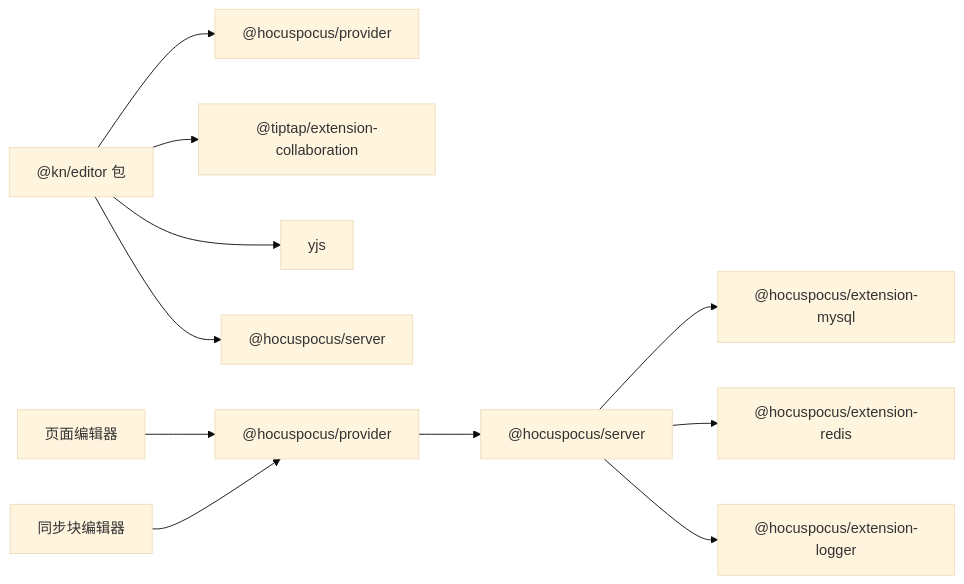
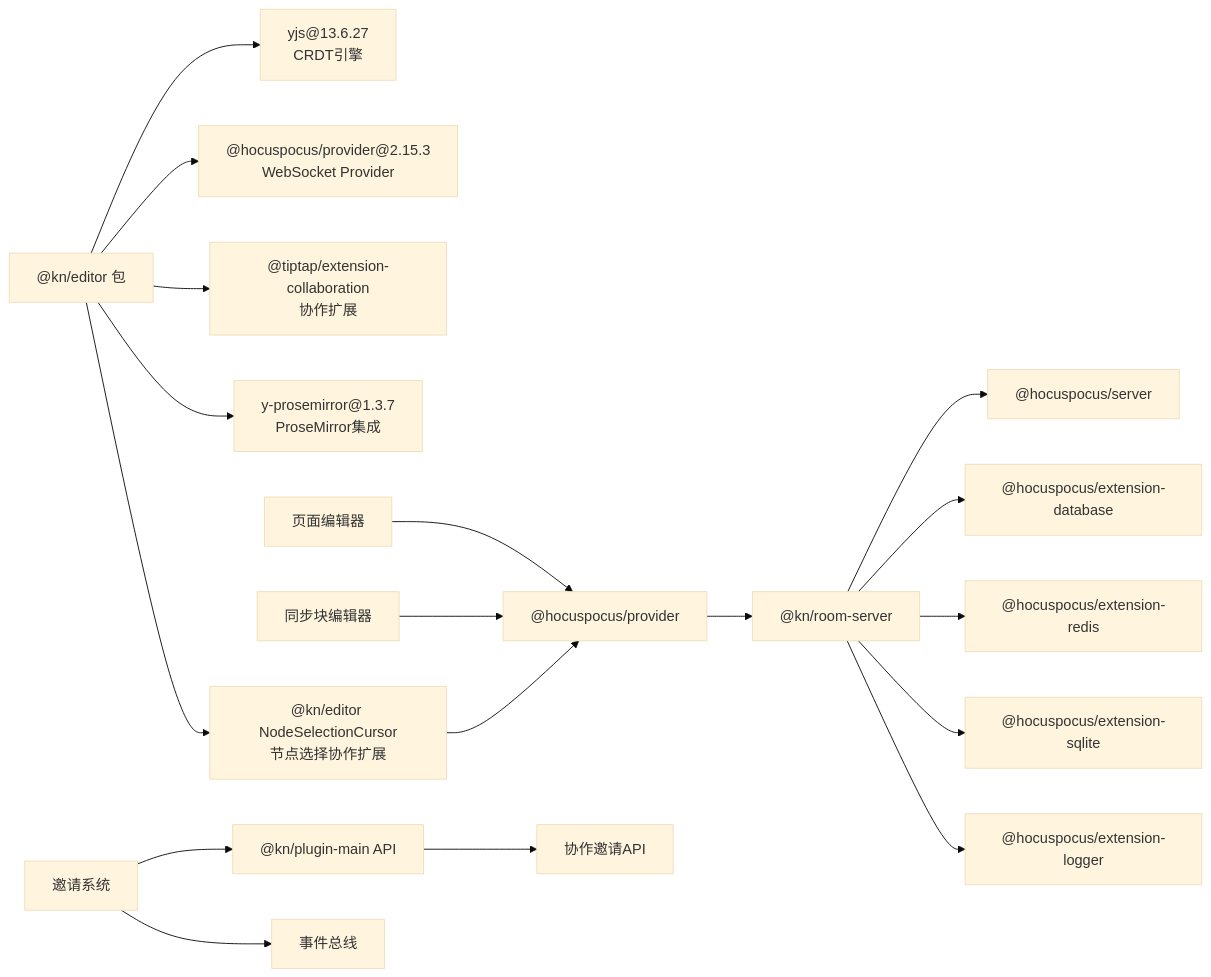
Before and after one commit to LRF0422/Kotion: diagram 18 of 18 in .qoder/repowiki/zh/content/架构设计/实时协作架构.md, drawn with Mermaid (base theme). The commit also changed other lines of this file and 75 other files, not shown here.

````diff
--- a/.qoder/repowiki/zh/content/架构设计/实时协作架构.md
+++ b/.qoder/repowiki/zh/content/架构设计/实时协作架构.md
@@ -257,13 +780,20 @@
 ```mermaid
 graph LR
-Pkg["@kn/editor 包"] --> Dep1["@hocuspocus/provider"]
-Pkg --> Dep2["@tiptap/extension-collaboration"]
-Pkg --> Dep3["yjs"]
-Pkg --> Dep4["@hocuspocus/server"]
-Page["页面编辑器"] --> Prov["@hocuspocus/provider"]
-Block["同步块编辑器"] --> Prov
-Prov --> Srv["@hocuspocus/server"]
-Srv --> Ext1["@hocuspocus/extension-mysql"]
-Srv --> Ext2["@hocuspocus/extension-redis"]
-Srv --> Ext3["@hocuspocus/extension-logger"]
+Pkg["@kn/editor 包"] --> Yjs["yjs@13.6.27<br/>CRDT引擎"]
+Pkg --> Hocuspocus["@hocuspocus/provider@2.15.3<br/>WebSocket Provider"]
+Pkg --> Tiptap["@tiptap/extension-collaboration<br/>协作扩展"]
+Pkg --> YProseMirror["y-prosemirror@1.3.7<br/>ProseMirror集成"]
+Pkg --> NodeSel["@kn/editor NodeSelectionCursor<br/>节点选择协作扩展"]
+Page["页面编辑器"] --> Provider["@hocuspocus/provider"]
+Block["同步块编辑器"] --> Provider
+NodeSel --> Provider
+Provider --> RoomServer["@kn/room-server"]
+RoomServer --> HocuspocusServer["@hocuspocus/server"]
+RoomServer --> MySQL["@hocuspocus/extension-database"]
+RoomServer --> Redis["@hocuspocus/extension-redis"]
+RoomServer --> SQLite["@hocuspocus/extension-sqlite"]
+RoomServer --> Logger["@hocuspocus/extension-logger"]
+Invite["邀请系统"] --> API["@kn/plugin-main API"]
+Invite --> EventBus["事件总线"]
+API --> CollaborationAPI["协作邀请API"]
 ```
````
